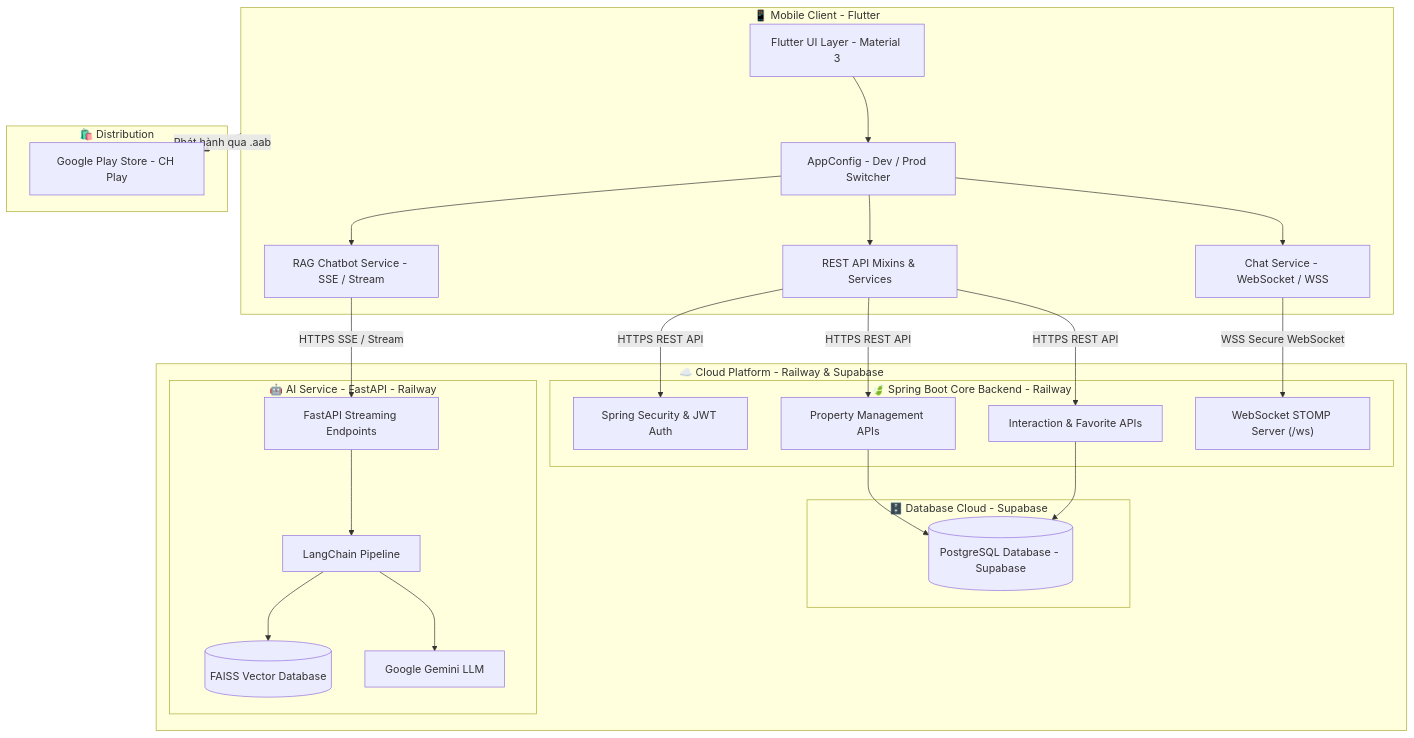
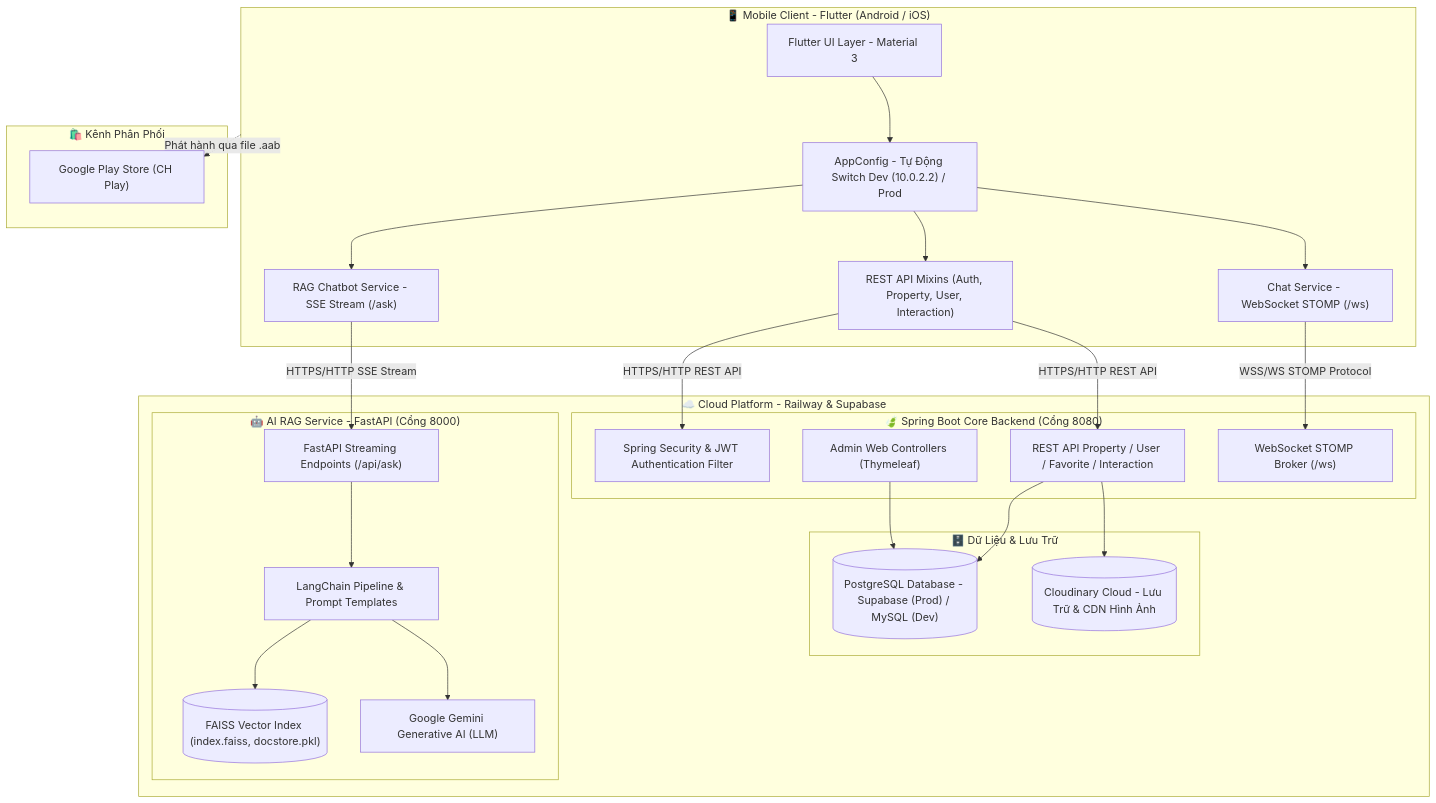
One commit to NhatTruong1905/RealEstateMobile-Project changed the diagram in README.md. Above: the diagram before and after it, drawn with Mermaid. The commit also changed other lines of this file, not shown here.

````diff
--- a/README.md
+++ b/README.md
@@ -42,54 +46,55 @@
 ```mermaid
 flowchart TD
-    subgraph MobileApp["📱 Mobile Client - Flutter"]
+    subgraph MobileApp["📱 Mobile Client - Flutter (Android / iOS)"]
         UI["Flutter UI Layer - Material 3"]
-        AppConfig["AppConfig - Dev / Prod Switcher"]
-        ChatModule["Chat Service - WebSocket / WSS"]
-        RAGModule["RAG Chatbot Service - SSE / Stream"]
-        ApiServices["REST API Mixins & Services"]
+        AppConfig["AppConfig - Tự Động Switch Dev (10.0.2.2) / Prod"]
+        ChatModule["Chat Service - WebSocket STOMP (/ws)"]
+        RAGModule["RAG Chatbot Service - SSE Stream (/ask)"]
+        ApiServices["REST API Mixins (Auth, Property, User, Interaction)"]
     end
 
-    subgraph CloudHosting["☁️ Cloud Platform - Railway & Supabase"]
-        subgraph SpringBackend["🍃 Spring Boot Core Backend - Railway"]
-            AuthSec["Spring Security & JWT Auth"]
-            PropController["Property Management APIs"]
-            InteractionController["Interaction & Favorite APIs"]
-            WsServer["WebSocket STOMP Server (/ws)"]
+    subgraph CloudPlatform["☁️ Cloud Platform - Railway & Supabase"]
+        subgraph SpringBackend["🍃 Spring Boot Core Backend (Cổng 8080)"]
+            AuthSec["Spring Security & JWT Authentication Filter"]
+            AdminController["Admin Web Controllers (Thymeleaf)"]
+            PropController["REST API Property / User / Favorite / Interaction"]
+            WsServer["WebSocket STOMP Broker (/ws)"]
         end
 
-        subgraph DatabaseCloud["🗄️ Database Cloud - Supabase"]
-            DB[("PostgreSQL Database - Supabase")]
+        subgraph DatabaseCloud["🗄️ Dữ Liệu & Lưu Trữ"]
+            DB[("PostgreSQL Database - Supabase (Prod) / MySQL (Dev)")]
+            Cloudinary[("Cloudinary Cloud - Lưu Trữ & CDN Hình Ảnh")]
         end
 
-        subgraph AIBackend["🤖 AI Service - FastAPI - Railway"]
-            FastAPIEndpoint["FastAPI Streaming Endpoints"]
-            LangChainEngine["LangChain Pipeline"]
-            VectorDB[("FAISS Vector Database")]
-            GeminiLLM["Google Gemini LLM"]
+        subgraph AIBackend["🤖 AI RAG Service - FastAPI (Cổng 8000)"]
+            FastAPIEndpoint["FastAPI Streaming Endpoints (/api/ask)"]
+            LangChainEngine["LangChain Pipeline & Prompt Templates"]
+            VectorDB[("FAISS Vector Index (index.faiss, docstore.pkl)")]
+            GeminiLLM["Google Gemini Generative AI (LLM)"]
         end
     end
 
-    subgraph StoreDistribution["🛍️ Distribution"]
-        PlayStore["Google Play Store - CH Play"]
+    subgraph StoreDistribution["🛍️ Kênh Phân Phối"]
+        PlayStore["Google Play Store (CH Play)"]
     end
 
     %% Connections
-    MobileApp -.->|Phát hành qua .aab| PlayStore
+    MobileApp -.->|Phát hành qua file .aab| PlayStore
     UI --> AppConfig
     AppConfig --> ApiServices
     AppConfig --> ChatModule
     AppConfig --> RAGModule
 
-    ApiServices -->|HTTPS REST API| AuthSec
-    ApiServices -->|HTTPS REST API| PropController
-    ApiServices -->|HTTPS REST API| InteractionController
-    ChatModule -->|WSS Secure WebSocket| WsServer
-    RAGModule -->|HTTPS SSE / Stream| FastAPIEndpoint
+    ApiServices -->|HTTPS/HTTP REST API| AuthSec
+    ApiServices -->|HTTPS/HTTP REST API| PropController
+    ChatModule -->|WSS/WS STOMP Protocol| WsServer
+    RAGModule -->|HTTPS/HTTP SSE Stream| FastAPIEndpoint
 
     PropController --> DB
-    InteractionController --> DB
+    AdminController --> DB
+    PropController --> Cloudinary
 
     FastAPIEndpoint --> LangChainEngine
     LangChainEngine --> VectorDB
     LangChainEngine --> GeminiLLM
 ```
````
